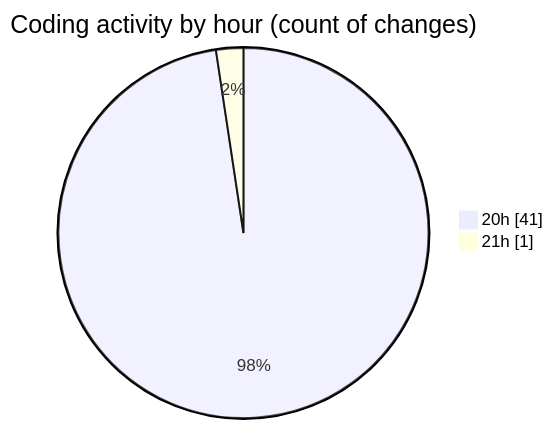
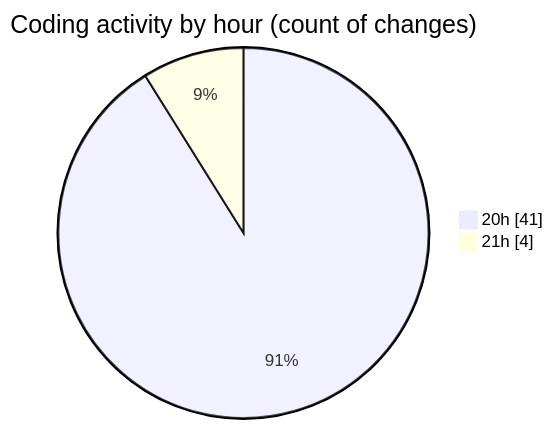
Before and after one commit to EIIisD/code-tracking: the second of 2 diagrams in 2025-08-23/_claude/README.md, drawn with Mermaid. The commit also changed other lines of this file and 1 other file, not shown here.

````diff
--- a/2025-08-23/_claude/README.md
+++ b/2025-08-23/_claude/README.md
@@ -34,6 +35,6 @@
 ```mermaid
 pie showData
 title Coding activity by hour (count of changes)
 "20h" : 41
-"21h" : 1
+"21h" : 4
 ```
````
